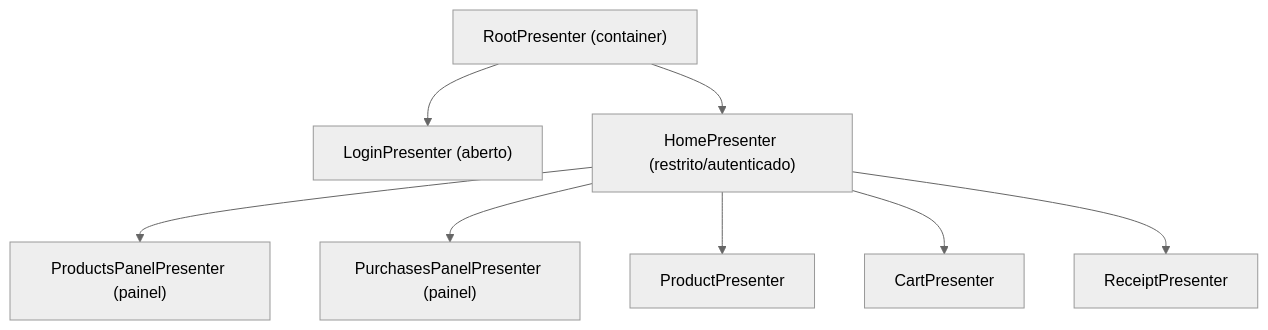
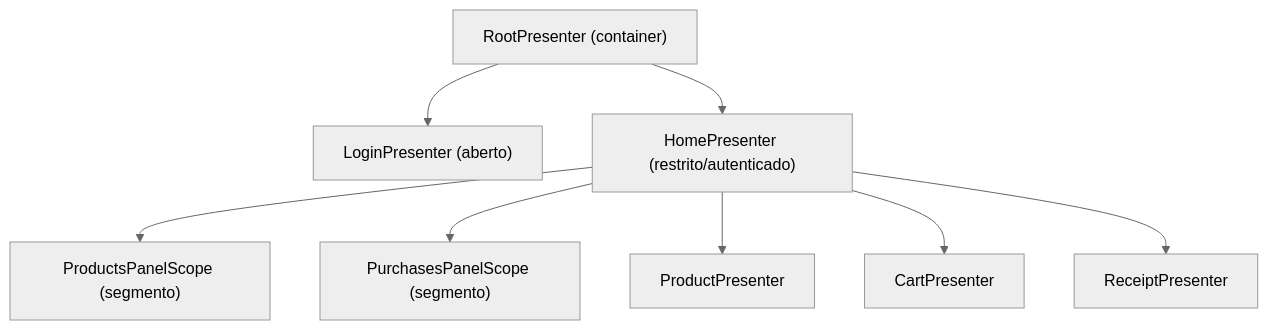
One commit to mrcdom/wdc-cube-java-v2 changed the third of 3 diagrams in README.md. Above: the diagram before and after it, drawn with Mermaid (neutral theme). The commit also changed other lines of this file and 41 other files, not shown here.

````diff
--- a/README.md
+++ b/README.md
@@ -355,11 +355,11 @@
 ```mermaid
 graph TD
     Root["RootPresenter (container)"]
     Root --> Login["LoginPresenter (aberto)"]
     Root --> Home["HomePresenter (restrito/autenticado)"]
-    Home --> ProductsPanel["ProductsPanelPresenter (painel)"]
-    Home --> PurchasesPanel["PurchasesPanelPresenter (painel)"]
+    Home --> ProductsPanel["ProductsPanelScope (segmento)"]
+    Home --> PurchasesPanel["PurchasesPanelScope (segmento)"]
     Home --> Product["ProductPresenter"]
     Home --> Cart["CartPresenter"]
     Home --> Receipt["ReceiptPresenter"]
 ```
````
